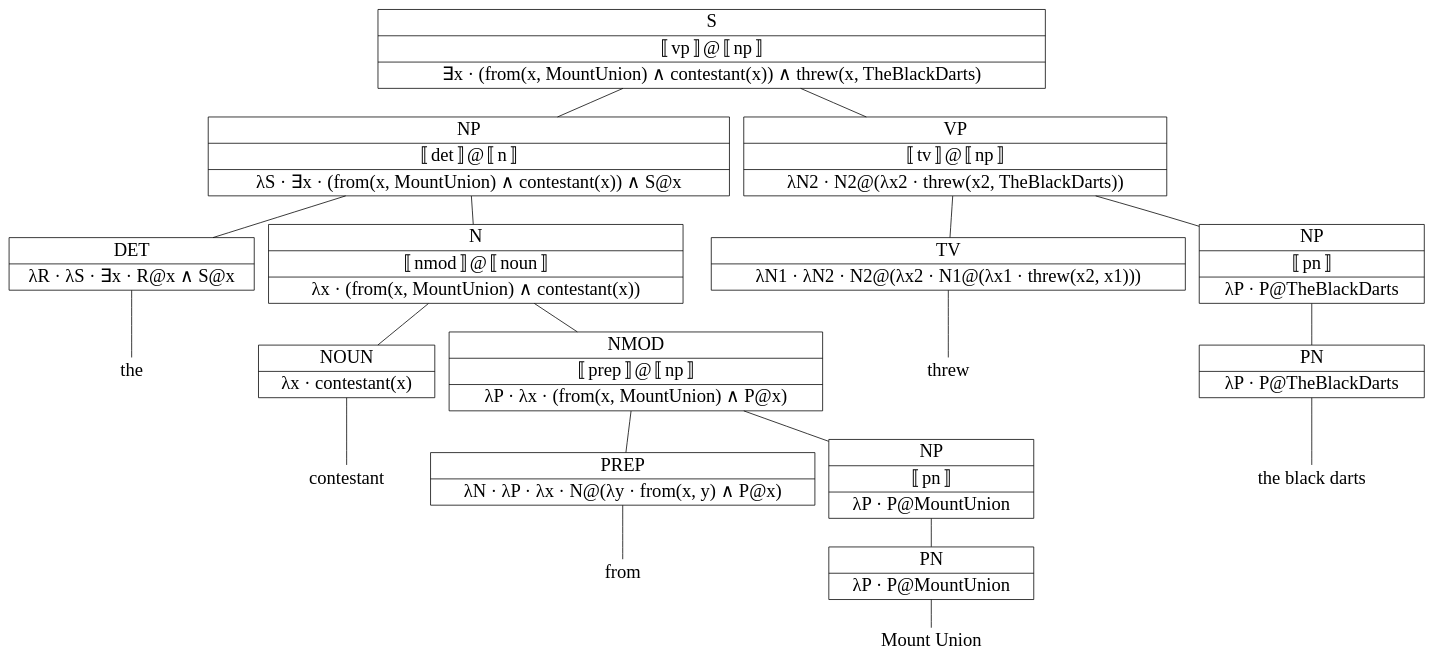
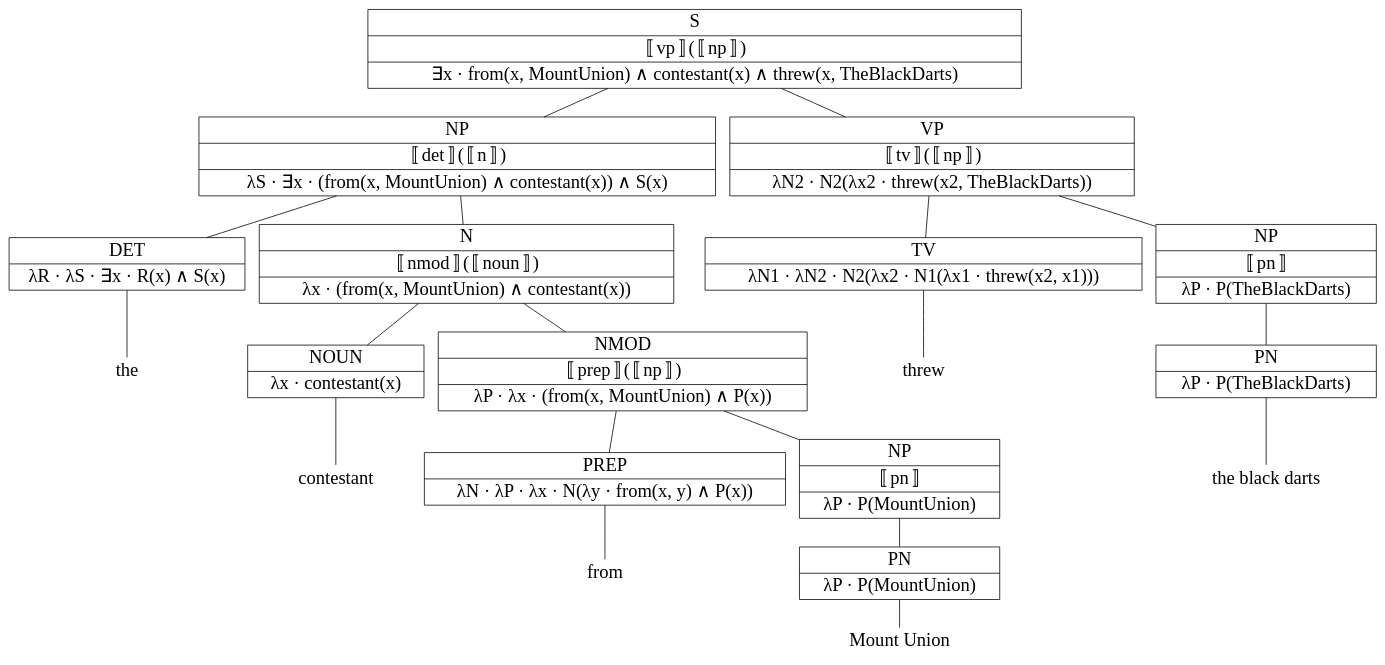
The diagram in poster/graphviz/example.dot (entropitor/thesis), drawn with Graphviz before and after one commit. The commit also changed 3 other files, not shown here.

```diff
--- a/poster/graphviz/example.dot
+++ b/poster/graphviz/example.dot
@@ -1,70 +1,70 @@
 graph example {
   node [fontsize = 24];
   node [shape = none] the contestant from "Mount Union" threw "the black darts";
   node [shape = record];
 
   s -- {np1 vp}
   np1 -- {det n}
   det -- the
   n -- {noun nmod}
   noun -- contestant
   nmod -- {prep np2}
   prep -- from
   np2 -- pn1
   pn1 -- "Mount Union"
   vp -- tv, np3
   tv -- threw
   np3 -- pn2
   pn2 -- "the black darts"
 
   // det [label = "det\n&lambda;R &middot; &lambda;S &middot; &exist;x &middot; R@x &and; S@x"]
   // noun [label = "noun\n&lambda;x &middot; contestant(x)"]
   // prep [label = "prep\n&lambda;N &middot; &lambda;P &middot; &lambda;x &middot; N@(&lambda;y &middot; from(x, y) &and; P@x)"]
   // pn1 [label = "pn\n&lambda;P &middot; P@MountUnion"]
   // tv [label = "tv\n&lambda;N1 &middot; &lambda;N2 &middot; N2@(&lambda;x2 &middot; N1@(&lambda;x1 &middot; threw(x2, x1)))"]
   // pn2 [label = "pn\n&lambda;P &middot; P@TheBlackDarts"]
 
   // np2 [label = "np\n&#x301a;pn&#x301b;\n&lambda;P &middot; P@MountUnion"]
   // np3 [label = "np\n&#x301a;pn&#x301b;\n&lambda;P &middot; P@TheBlackDarts"]
 
   // vp [label = "vp\n&#x301a;tv&#x301b;@&#x301a;np&#x301b;\n&lambda;N2 &middot; N2@(&lambda;x2 &middot; threw(x2, TheBlackDarts))"]
 
   // nmod [label = "nmod\n&#x301a;prep&#x301b;@&#x301a;np&#x301b;\n&lambda;P &middot; &lambda;x &middot; (from(x, MountUnion) &and; P@x)"]
   // n [label = "n\n&#x301a;nmod&#x301b;@&#x301a;noun&#x301b;\n&lambda;x &middot; (from(x, MountUnion) &and; contestant(x))"]
   // np1 [label = "np\n&#x301a;det&#x301b;@&#x301a;n&#x301b;\n&lambda;S &middot; &exist;x &middot; (from(x, MountUnion) &and; contestant(x)) &and; S@x"];
   // s [label = "s\n&#x301a;vp&#x301b;@&#x301a;np&#x301b;\n&exist;x &middot; (from(x, MountUnion) &and; contestant(x)) &and; threw(x, TheBlackDarts)"]
 
   // det [label = "{DET|&lambda;R &middot; &lambda;S &middot; &exist;x &middot; R@x &and; S@x}"];
   // noun [label = <<FONT COLOR="#2D2D8A">NOUN</FONT><br />&lambda;x &middot; contestant(x)>];
   // prep [label = <<FONT COLOR="#2D2D8A">PREP</FONT><br />&lambda;N &middot; &lambda;P &middot; &lambda;x &middot; N@(&lambda;y &middot; from(x, y) &and; P@x)>];
   // pn1 [label = <<FONT COLOR="#2D2D8A">PN</FONT><br />&lambda;P &middot; P@MountUnion>];
   // tv [label = <<FONT COLOR="#2D2D8A">TV</FONT><br />&lambda;N1 &middot; &lambda;N2 &middot; N2@(&lambda;x2 &middot; N1@(&lambda;x1 &middot; threw(x2, x1)))>];
   // pn2 [label = <<FONT COLOR="#2D2D8A">PN</FONT><br />&lambda;P &middot; P@TheBlackDarts>];
 
   // np2 [label = <<FONT COLOR="#2D2D8A">NP</FONT><br />&#x301a;PN&#x301b;<br />&lambda;P &middot; P@MountUnion>];
   // np3 [label = <<FONT COLOR="#2D2D8A">NP</FONT><br />&#x301a;PN&#x301b;<br />&lambda;P &middot; P@TheBlackDarts>];
 
   // vp [label = <<FONT COLOR="#2D2D8A">VP</FONT><br />&#x301a;TV&#x301b;@&#x301a;NP&#x301b;<br />&lambda;N2 &middot; N2@(&lambda;x2 &middot; threw(x2, TheBlackDarts))>];
 
   // nmod [label = <<FONT COLOR="#2D2D8A">NMOD</FONT><br />&#x301a;PREP&#x301b;@&#x301a;NP&#x301b;<br />&lambda;P &middot; &lambda;x &middot; (from(x, MountUnion) &and; P@x)>];
   // n [label = <<FONT COLOR="#2D2D8A">N</FONT><br />&#x301a;NMOD&#x301b;@&#x301a;NOUN&#x301b;<br />&lambda;x &middot; (from(x, MountUnion) &and; contestant(x))>];
   // np1 [label = <<FONT COLOR="#2D2D8A">NP</FONT><br />&#x301a;DET&#x301b;@&#x301a;N&#x301b;<br />&lambda;S &middot; &exist;x &middot; (from(x, MountUnion) &and; contestant(x)) &and; S@x>];
   // s [label = <<FONT COLOR="#2D2D8A">S</FONT><br />&#x301a;VP&#x301b;@&#x301a;NP&#x301b;<br />&exist;x &middot; (from(x, MountUnion) &and; contestant(x)) &and; threw(x, TheBlackDarts)>];
 
-  det [label = "{DET|&lambda;R &middot; &lambda;S &middot; &exist;x &middot; R@x &and; S@x}"]
+  det [label = "{DET|&lambda;R &middot; &lambda;S &middot; &exist;x &middot; R(x) &and; S(x)}"]
   noun [label = "{NOUN|&lambda;x &middot; contestant(x)}"]
-  prep [label = "{PREP|&lambda;N &middot; &lambda;P &middot; &lambda;x &middot; N@(&lambda;y &middot; from(x, y) &and; P@x)}"]
-  pn1 [label = "{PN|&lambda;P &middot; P@MountUnion}"]
-  tv [label = "{TV|&lambda;N1 &middot; &lambda;N2 &middot; N2@(&lambda;x2 &middot; N1@(&lambda;x1 &middot; threw(x2, x1)))}"]
-  pn2 [label = "{PN|&lambda;P &middot; P@TheBlackDarts}"]
+  prep [label = "{PREP|&lambda;N &middot; &lambda;P &middot; &lambda;x &middot; N(&lambda;y &middot; from(x, y) &and; P(x))}"]
+  pn1 [label = "{PN|&lambda;P &middot; P(MountUnion)}"]
+  tv [label = "{TV|&lambda;N1 &middot; &lambda;N2 &middot; N2(&lambda;x2 &middot; N1(&lambda;x1 &middot; threw(x2, x1)))}"]
+  pn2 [label = "{PN|&lambda;P &middot; P(TheBlackDarts)}"]
 
-  np2 [label = "{NP|&#x301a;pn&#x301b;|&lambda;P &middot; P@MountUnion}"]
-  np3 [label = "{NP|&#x301a;pn&#x301b;|&lambda;P &middot; P@TheBlackDarts}"]
+  np2 [label = "{NP|&#x301a;pn&#x301b;|&lambda;P &middot; P(MountUnion)}"]
+  np3 [label = "{NP|&#x301a;pn&#x301b;|&lambda;P &middot; P(TheBlackDarts)}"]
 
-  vp [label = "{VP|&#x301a;tv&#x301b;@&#x301a;np&#x301b;|&lambda;N2 &middot; N2@(&lambda;x2 &middot; threw(x2, TheBlackDarts))}"]
+  vp [label = "{VP|&#x301a;tv&#x301b;(&#x301a;np&#x301b;)|&lambda;N2 &middot; N2(&lambda;x2 &middot; threw(x2, TheBlackDarts))}"]
 
-  nmod [label = "{NMOD|&#x301a;prep&#x301b;@&#x301a;np&#x301b;|&lambda;P &middot; &lambda;x &middot; (from(x, MountUnion) &and; P@x)}"]
-  n [label = "{N|&#x301a;nmod&#x301b;@&#x301a;noun&#x301b;|&lambda;x &middot; (from(x, MountUnion) &and; contestant(x))}"]
-  np1 [label = "{NP|&#x301a;det&#x301b;@&#x301a;n&#x301b;|&lambda;S &middot; &exist;x &middot; (from(x, MountUnion) &and; contestant(x)) &and; S@x}"];
-  s [label = "{S|&#x301a;vp&#x301b;@&#x301a;np&#x301b;|&exist;x &middot; (from(x, MountUnion) &and; contestant(x)) &and; threw(x, TheBlackDarts)}"]
+  nmod [label = "{NMOD|&#x301a;prep&#x301b;(&#x301a;np&#x301b;)|&lambda;P &middot; &lambda;x &middot; (from(x, MountUnion) &and; P(x))}"]
+  n [label = "{N|&#x301a;nmod&#x301b;(&#x301a;noun&#x301b;)|&lambda;x &middot; (from(x, MountUnion) &and; contestant(x))}"]
+  np1 [label = "{NP|&#x301a;det&#x301b;(&#x301a;n&#x301b;)|&lambda;S &middot; &exist;x &middot; (from(x, MountUnion) &and; contestant(x)) &and; S(x)}"];
+  s [label = "{S|&#x301a;vp&#x301b;(&#x301a;np&#x301b;)|&exist;x &middot; from(x, MountUnion) &and; contestant(x) &and; threw(x, TheBlackDarts)}"]
 }
```
